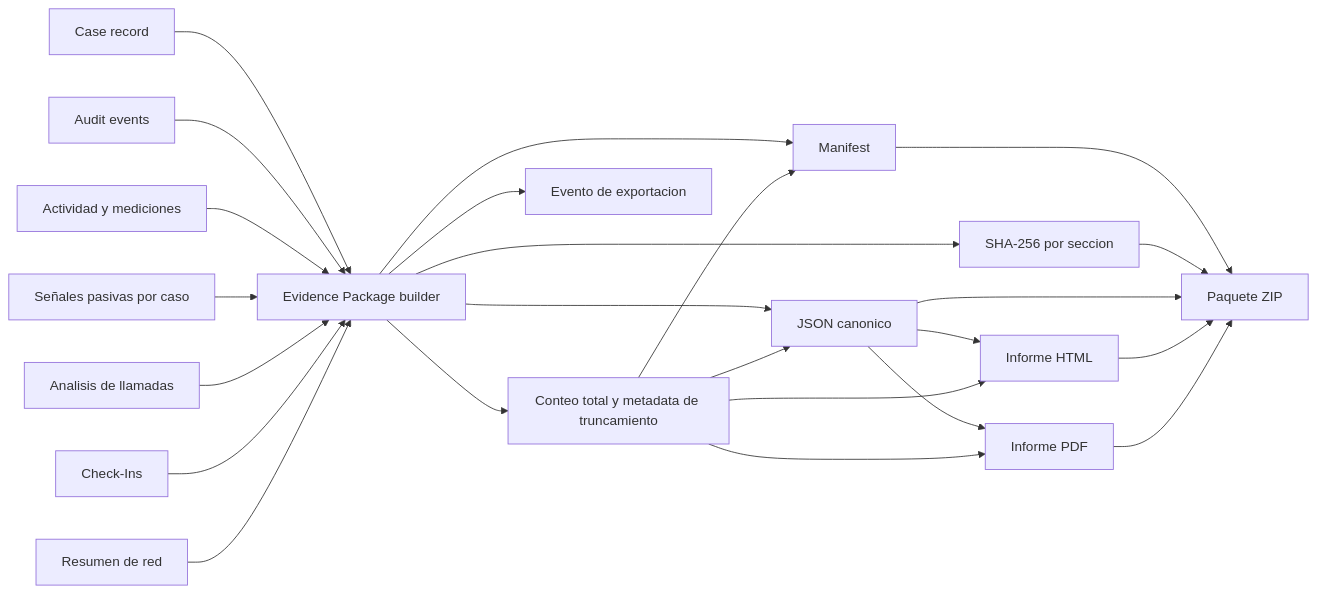
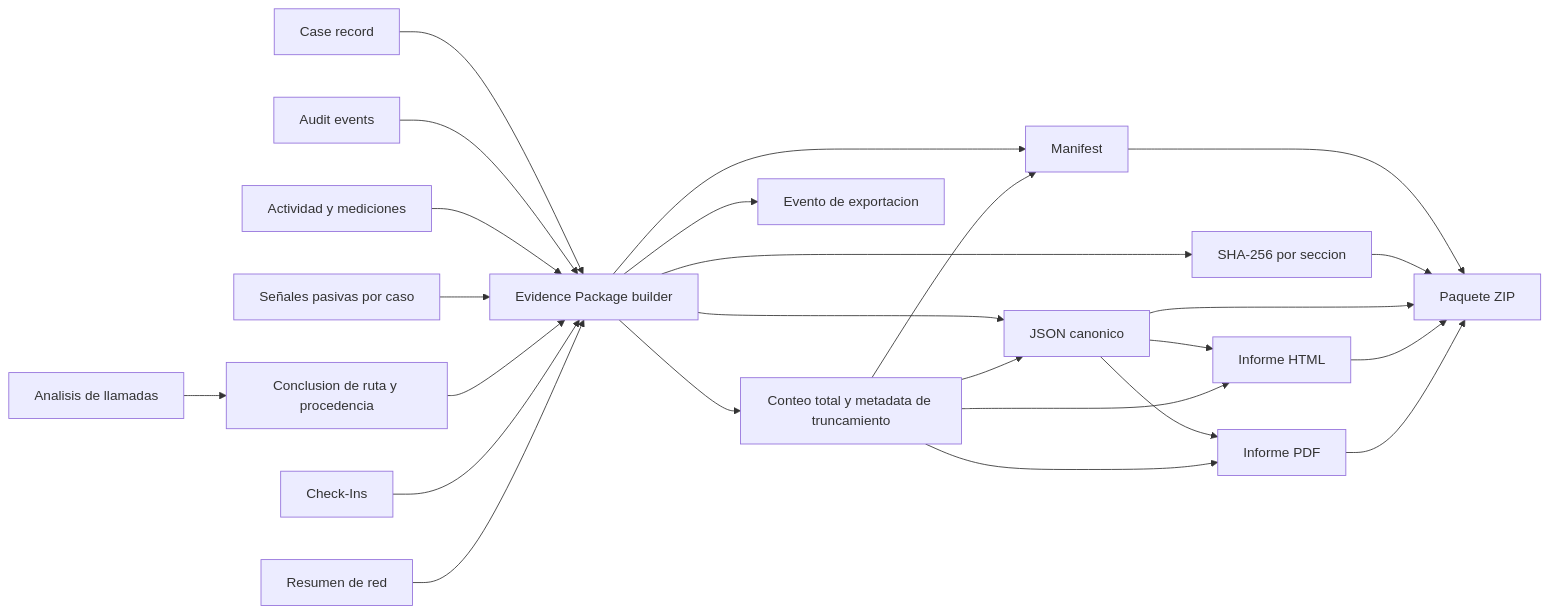
Before and after one commit to deco31416/wp-monitor: the diagram in docs/diagrams/10-evidence-reporting.md, drawn with Mermaid. The commit also changed other lines of this file and 37 other files, not shown here.

````diff
--- a/docs/diagrams/10-evidence-reporting.md
+++ b/docs/diagrams/10-evidence-reporting.md
@@ -7,44 +7,45 @@
 ```mermaid
 flowchart LR
     Case[Case record]
     Audit[Audit events]
     Activity[Actividad y mediciones]
     Passive[Señales pasivas por caso]
     Calls[Analisis de llamadas]
+    Routes[Conclusion de ruta y procedencia]
     CheckIns[Check-Ins]
     Network[Resumen de red]
 
     Builder[Evidence Package builder]
     Coverage[Conteo total y metadata de truncamiento]
     Manifest[Manifest]
     Hashes[SHA-256 por seccion]
     JSON[JSON canonico]
     HTML[Informe HTML]
     PDF[Informe PDF]
     ZIP[Paquete ZIP]
     NewAudit[Evento de exportacion]
 
     Case --> Builder
     Audit --> Builder
     Activity --> Builder
     Passive --> Builder
-    Calls --> Builder
+    Calls --> Routes --> Builder
     CheckIns --> Builder
     Network --> Builder
     Builder --> Coverage
     Builder --> Manifest
     Builder --> Hashes
     Builder --> JSON
     JSON --> HTML
     JSON --> PDF
     Manifest --> ZIP
     Hashes --> ZIP
     JSON --> ZIP
     HTML --> ZIP
     PDF --> ZIP
     Coverage --> Manifest
     Coverage --> JSON
     Coverage --> HTML
     Coverage --> PDF
     Builder --> NewAudit
 ```
````
